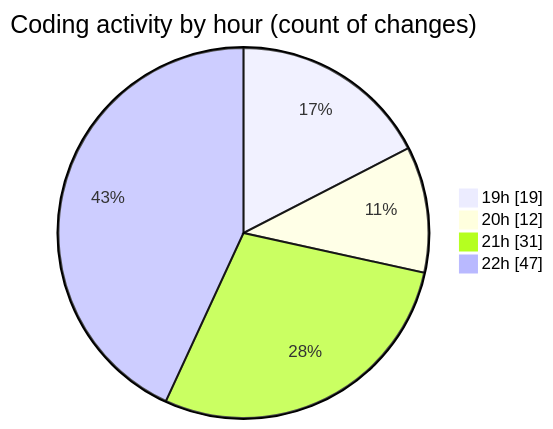
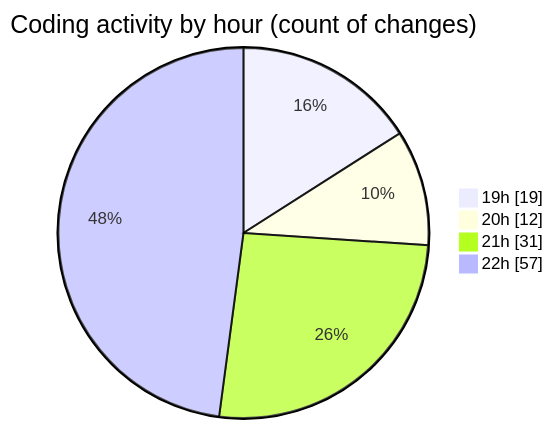
One commit to lephambinh05/code-tracking changed the second of 2 diagrams in 2025-07-28/quanlyrapchieuphim-2/README.md. Above: the diagram before and after it, drawn with Mermaid. The commit also changed other lines of this file and 1 other file, not shown here.

````diff
--- a/2025-07-28/quanlyrapchieuphim-2/README.md
+++ b/2025-07-28/quanlyrapchieuphim-2/README.md
@@ -59,8 +59,8 @@
 ```mermaid
 pie showData
 title Coding activity by hour (count of changes)
 "19h" : 19
 "20h" : 12
 "21h" : 31
-"22h" : 47
+"22h" : 57
 ```
````
